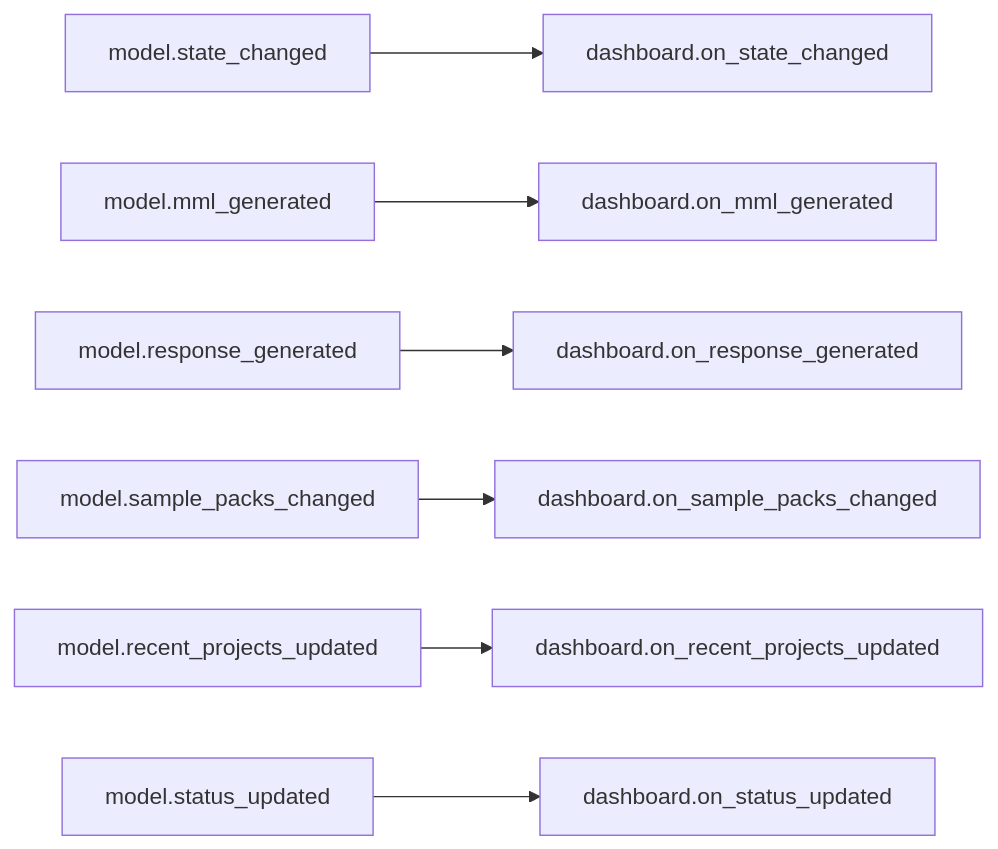
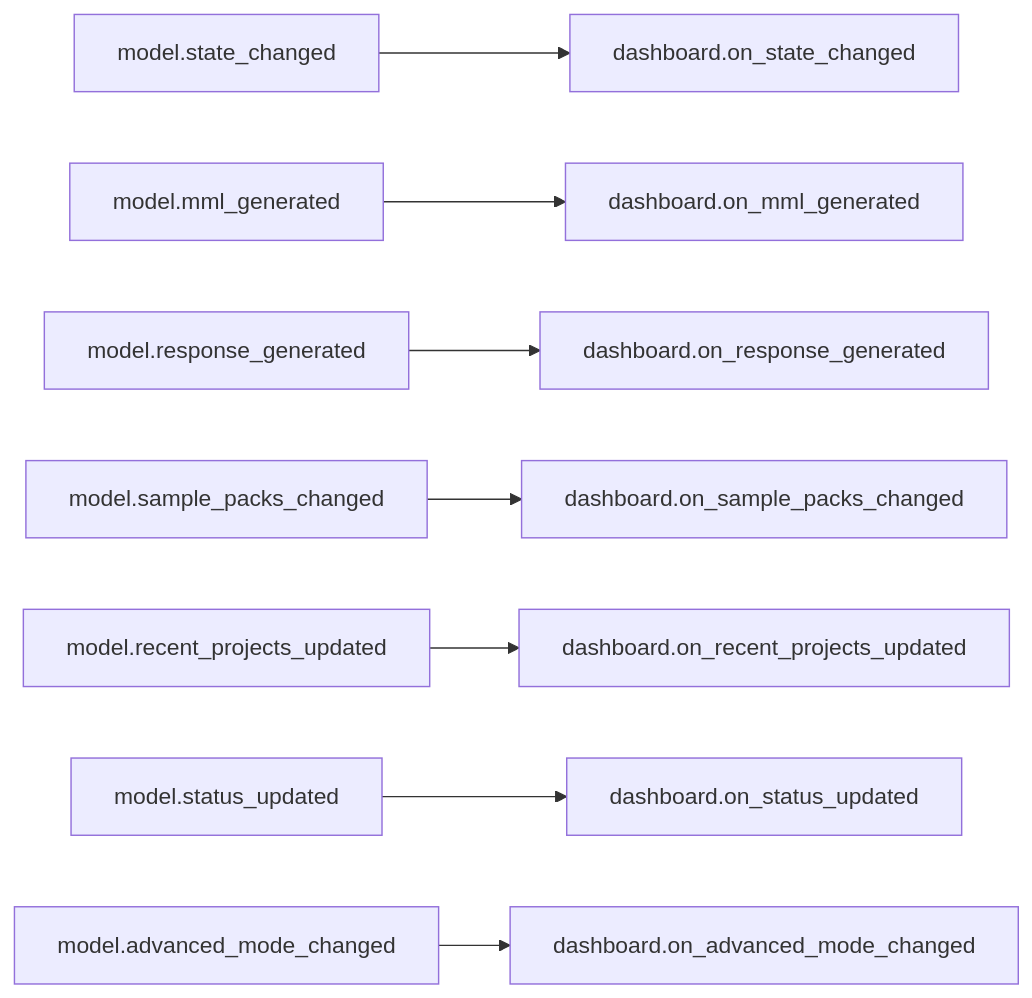
The first of 9 diagrams in doc/source/dashboard_signal_slot_map.rst (com-posers-pit/smw_music), drawn with Mermaid before and after one commit. The commit also changed 6 other files, not shown here.

```diff
--- a/doc/source/dashboard_signal_slot_map.rst
+++ b/doc/source/dashboard_signal_slot_map.rst
@@ -22,9 +22,10 @@
 .. mermaid::
 
    flowchart LR
       model.state_changed --> dashboard.on_state_changed
       model.mml_generated --> dashboard.on_mml_generated
       model.response_generated --> dashboard.on_response_generated
       model.sample_packs_changed --> dashboard.on_sample_packs_changed
       model.recent_projects_updated --> dashboard.on_recent_projects_updated
       model.status_updated --> dashboard.on_status_updated
+      model.advanced_mode_changed --> dashboard.on_advanced_mode_changed
```
